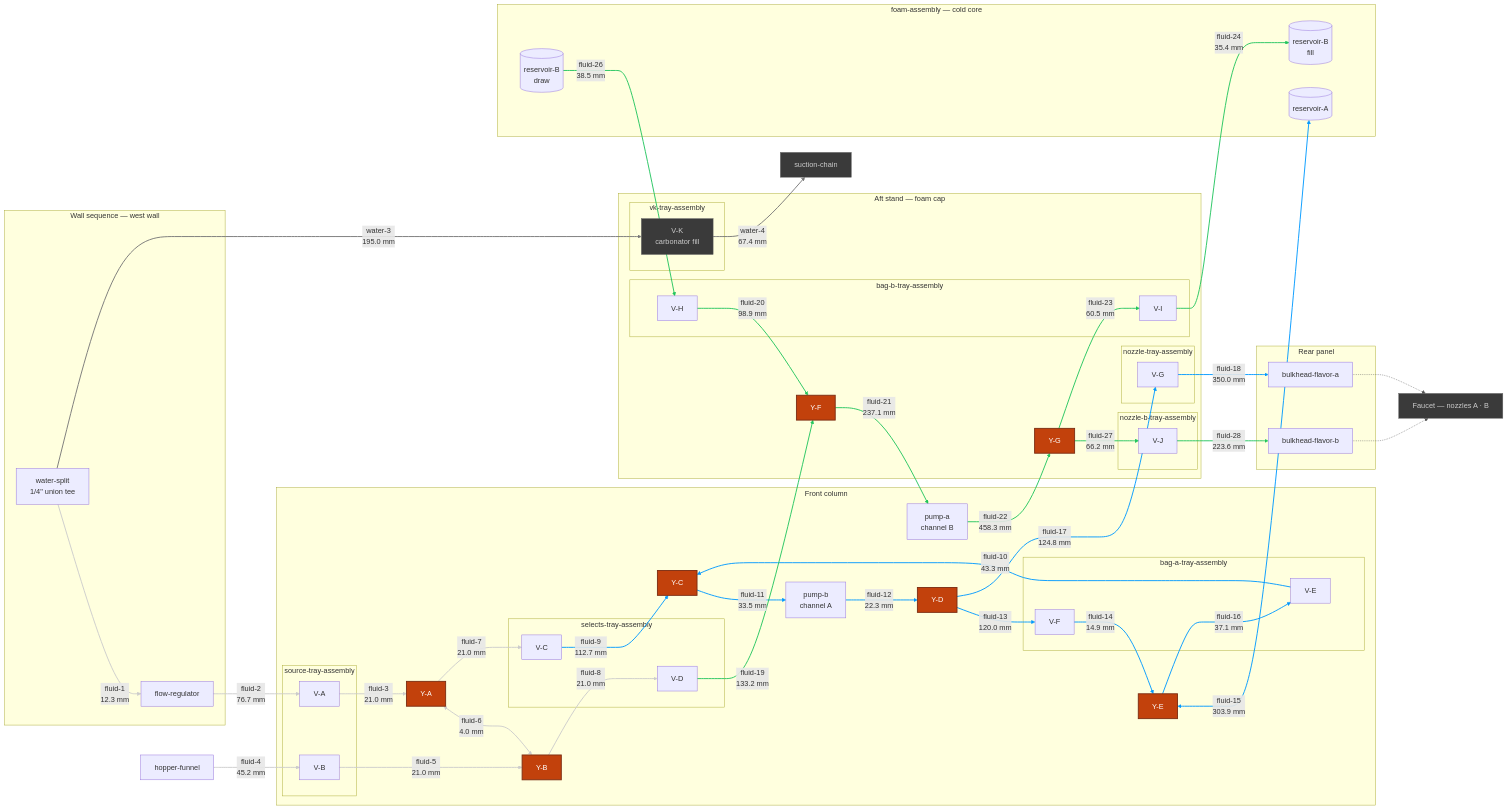
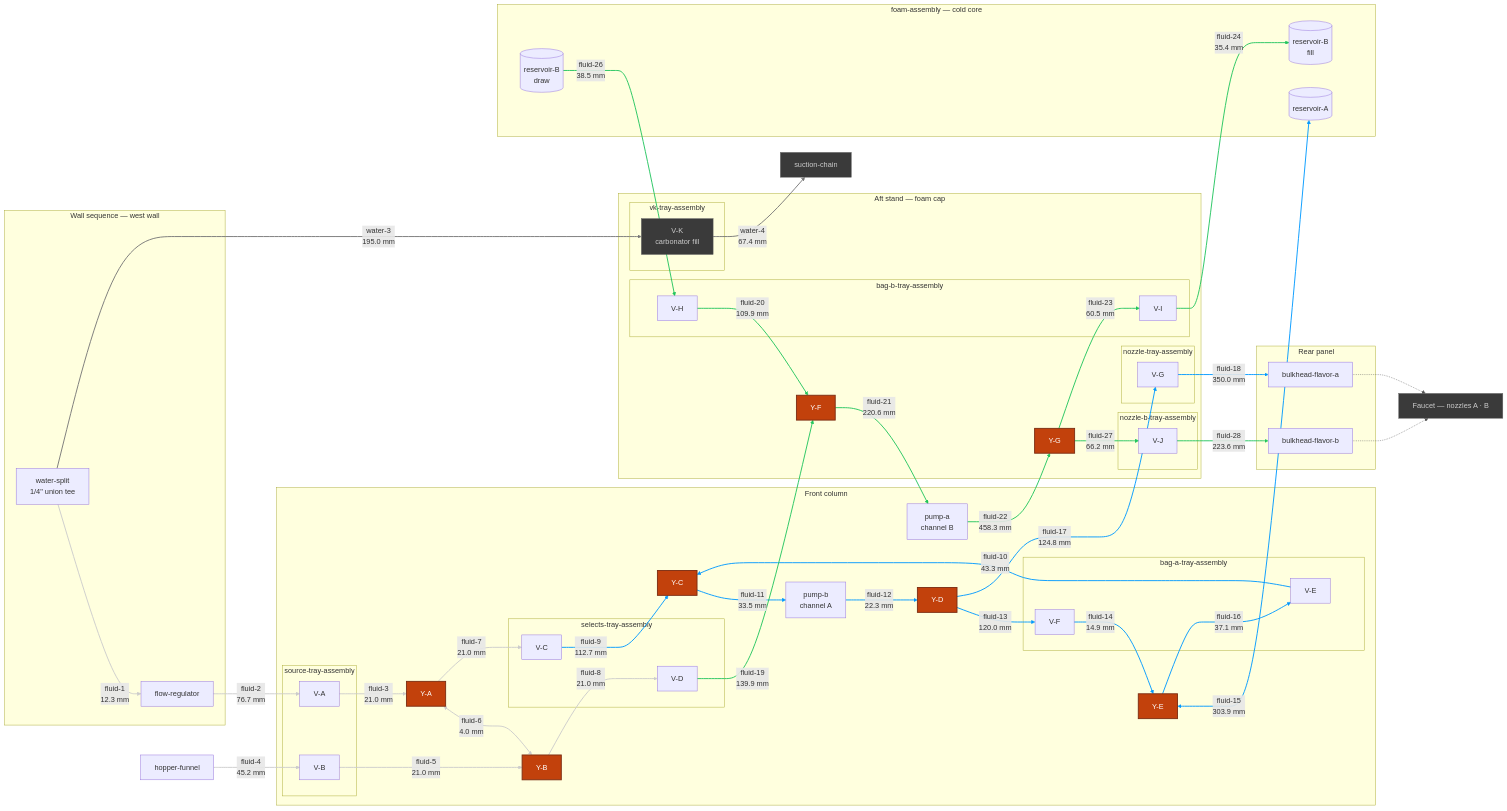
One commit to derekbreden/homesodamachine changed the diagram in hardware/topology/fluid-topology-manifold.mmd. Above: the diagram before and after it, drawn with Mermaid.

Commit message:
topology: the manifold chart carried the pre-move lengths, so IT NOW READS fluid-20 AT 109.9 mm ON 5 BENDS and fluid-21 at 220.6 on 4

```diff
--- a/hardware/topology/fluid-topology-manifold.mmd
+++ b/hardware/topology/fluid-topology-manifold.mmd
@@ -10,7 +10,7 @@
   %% `_fluid_topology_sync.py` writes every number below and gates every edge against
   %% the built run — an edge whose two ends are not that run's two ends fails the gate.
 
-  %% The 28 flavor segments come to [2736.4 mm](FLUID_TOTAL) of 1/4" LLDPE, over
+  %% The 28 flavor segments come to [2737.5 mm](FLUID_TOTAL) of 1/4" LLDPE, over
   %% [67](FLUID_BENDS) bends. The longest is [fluid-22](LONGEST_ID) at
   %% [458.3 mm](LONGEST_LEN); the shortest is [fluid-6](SHORTEST_ID) at
   %% [4.0 mm](SHORTEST_LEN).
@@ -167,9 +167,9 @@
   %% over the electronics shelf and down the collet band, the outlet over the water deck
   %% and up the tray-east lane — so neither owes the other any separation. It is why the
   %% two longest flavor runs in the machine are this channel's.
-  VD -->|"fluid-19<br/>133.2 mm"| YF
-  VH -->|"fluid-20<br/>98.9 mm"| YF
-  YF -->|"fluid-21<br/>237.1 mm"| PA
+  VD -->|"fluid-19<br/>139.9 mm"| YF
+  VH -->|"fluid-20<br/>109.9 mm"| YF
+  YF -->|"fluid-21<br/>220.6 mm"| PA
   PA -->|"fluid-22<br/>458.3 mm"| YG
   YG -->|"fluid-23<br/>60.5 mm"| VI
   VI -->|"fluid-24<br/>35.4 mm"| ResBFill
```
